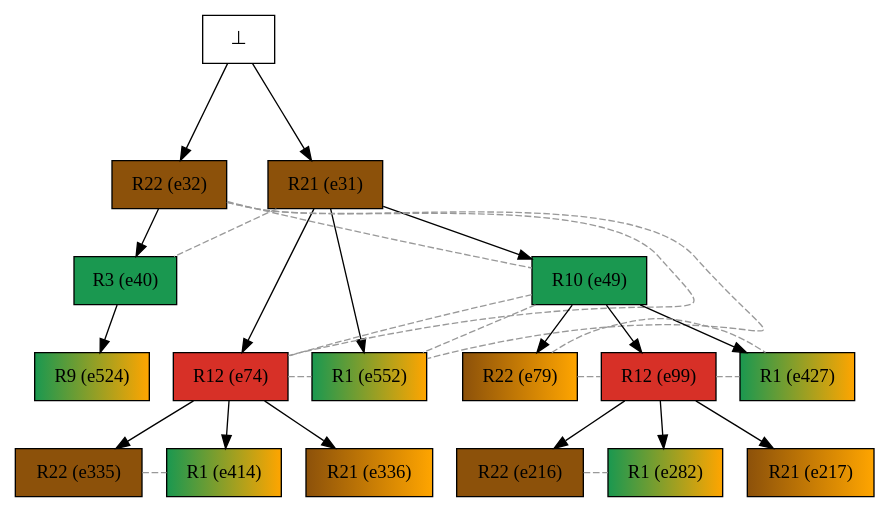
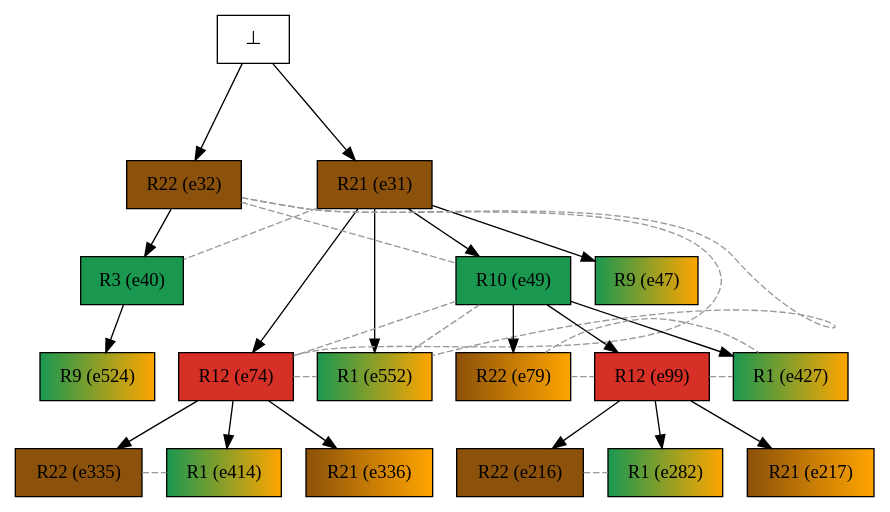
The diagram in examples/oursin_tasmanie/mrk_instances/urc2alg+/sorted/tasmanie_urc2alg_10-18confs/tasmanie_urc2alg_10-18confs_colored_pathway.dot (giannkas/ecofolder), drawn with Graphviz before and after one commit. The commit also changed 36 other files, not shown here.

```diff
--- a/examples/oursin_tasmanie/mrk_instances/urc2alg+/sorted/tasmanie_urc2alg_10-18confs/tasmanie_urc2alg_10-18confs_colored_pathway.dot
+++ b/examples/oursin_tasmanie/mrk_instances/urc2alg+/sorted/tasmanie_urc2alg_10-18confs/tasmanie_urc2alg_10-18confs_colored_pathway.dot
@@ -1,51 +1,53 @@
 digraph test {
 
 //conflicts
   e31 -> e40 [arrowhead=none color=gray60 style=dashed constraint=false];
   e32 -> e49 [arrowhead=none color=gray60 style=dashed constraint=false];
   e32 -> e74 [arrowhead=none color=gray60 style=dashed constraint=false];
   e32 -> e552 [arrowhead=none color=gray60 style=dashed constraint=false];
   e49 -> e74 [arrowhead=none color=gray60 style=dashed constraint=false];
   e49 -> e552 [arrowhead=none color=gray60 style=dashed constraint=false];
   e74 -> e552 [arrowhead=none color=gray60 style=dashed constraint=false];
   e79 -> e99 [arrowhead=none color=gray60 style=dashed constraint=false];
   e79 -> e427 [arrowhead=none color=gray60 style=dashed constraint=false];
   e99 -> e427 [arrowhead=none color=gray60 style=dashed constraint=false];
   e216 -> e282 [arrowhead=none color=gray60 style=dashed constraint=false];
   e335 -> e414 [arrowhead=none color=gray60 style=dashed constraint=false];
 
+  e31 -> e47 [minlen=1];
   e49 -> e79 [minlen=1];
   e31 -> e49 [minlen=1];
   e99 -> e216 [minlen=1];
   e49 -> e99 [minlen=1];
   e99 -> e217 [minlen=1];
   e99 -> e282 [minlen=1];
   e74 -> e335 [minlen=1];
   e31 -> e74 [minlen=2];
   e74 -> e336 [minlen=1];
   e74 -> e414 [minlen=1];
   e49 -> e427 [minlen=1];
   e40 -> e524 [minlen=1];
   e32 -> e40 [minlen=1];
   e31 -> e552 [minlen=2];
   e0 -> e31 [minlen=2];
   e0 -> e32 [minlen=2];
 
   e31 [color="black" fillcolor="#8c510a:#8c510a" label="R21 (e31)" shape=box style=filled];
   e32 [color="black" fillcolor="#8c510a:#8c510a" label="R22 (e32)" shape=box style=filled];
   e40 [color="black" fillcolor="#1a9850:#1a9850" label="R3 (e40)" shape=box style=filled];
+  e47 [color="black" fillcolor="#1a9850:orange" label="R9 (e47)" shape=box style=filled];
   e49 [color="black" fillcolor="#1a9850:#1a9850" label="R10 (e49)" shape=box style=filled];
   e74 [color="black" fillcolor="#d73027:#d73027" label="R12 (e74)" shape=box style=filled];
   e79 [color="black" fillcolor="#8c510a:orange" label="R22 (e79)" shape=box style=filled];
   e99 [color="black" fillcolor="#d73027:#d73027" label="R12 (e99)" shape=box style=filled];
   e216 [color="black" fillcolor="#8c510a:#8c510a" label="R22 (e216)" shape=box style=filled];
   e217 [color="black" fillcolor="#8c510a:orange" label="R21 (e217)" shape=box style=filled];
   e282 [color="black" fillcolor="#1a9850:orange" label="R1 (e282)" shape=box style=filled];
   e335 [color="black" fillcolor="#8c510a:#8c510a" label="R22 (e335)" shape=box style=filled];
   e336 [color="black" fillcolor="#8c510a:orange" label="R21 (e336)" shape=box style=filled];
   e414 [color="black" fillcolor="#1a9850:orange" label="R1 (e414)" shape=box style=filled];
   e427 [color="black" fillcolor="#1a9850:orange" label="R1 (e427)" shape=box style=filled];
   e524 [color="black" fillcolor="#1a9850:orange" label="R9 (e524)" shape=box style=filled];
   e552 [color="black" fillcolor="#1a9850:orange" label="R1 (e552)" shape=box style=filled];
   e0 [fillcolor="white" label="⊥" shape=box style=filled];
 }
```
